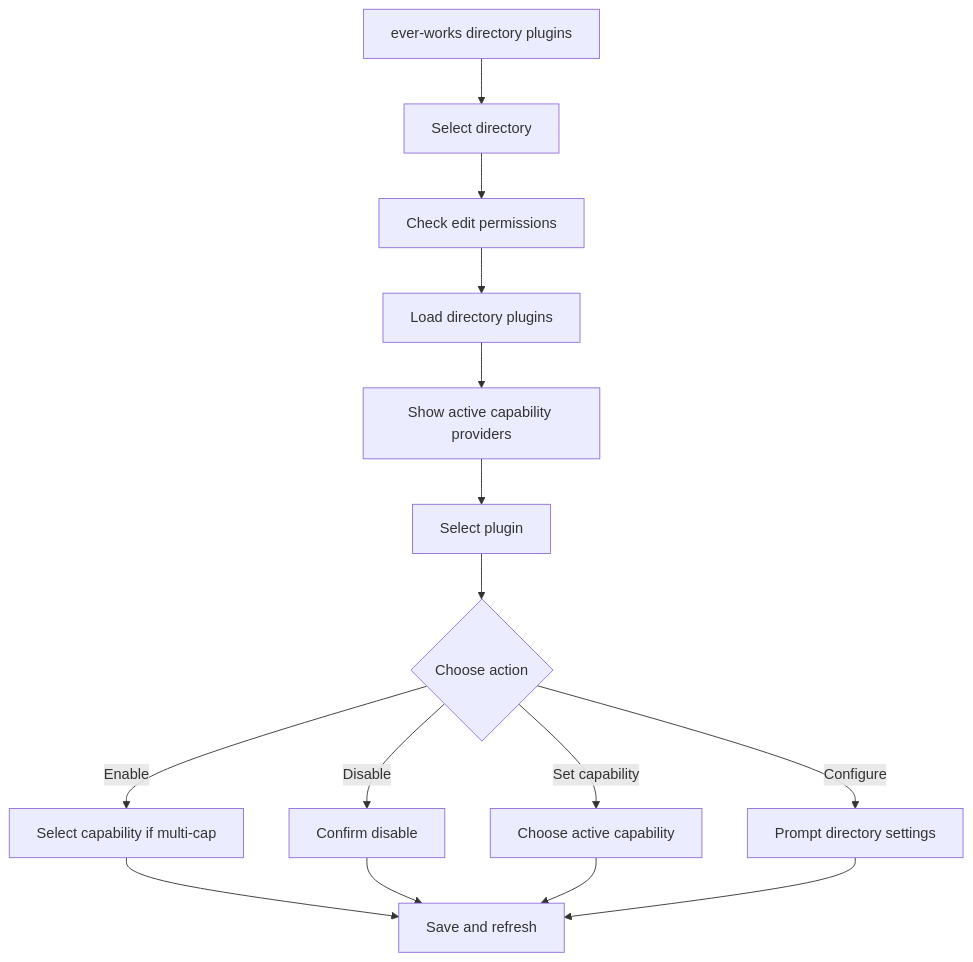
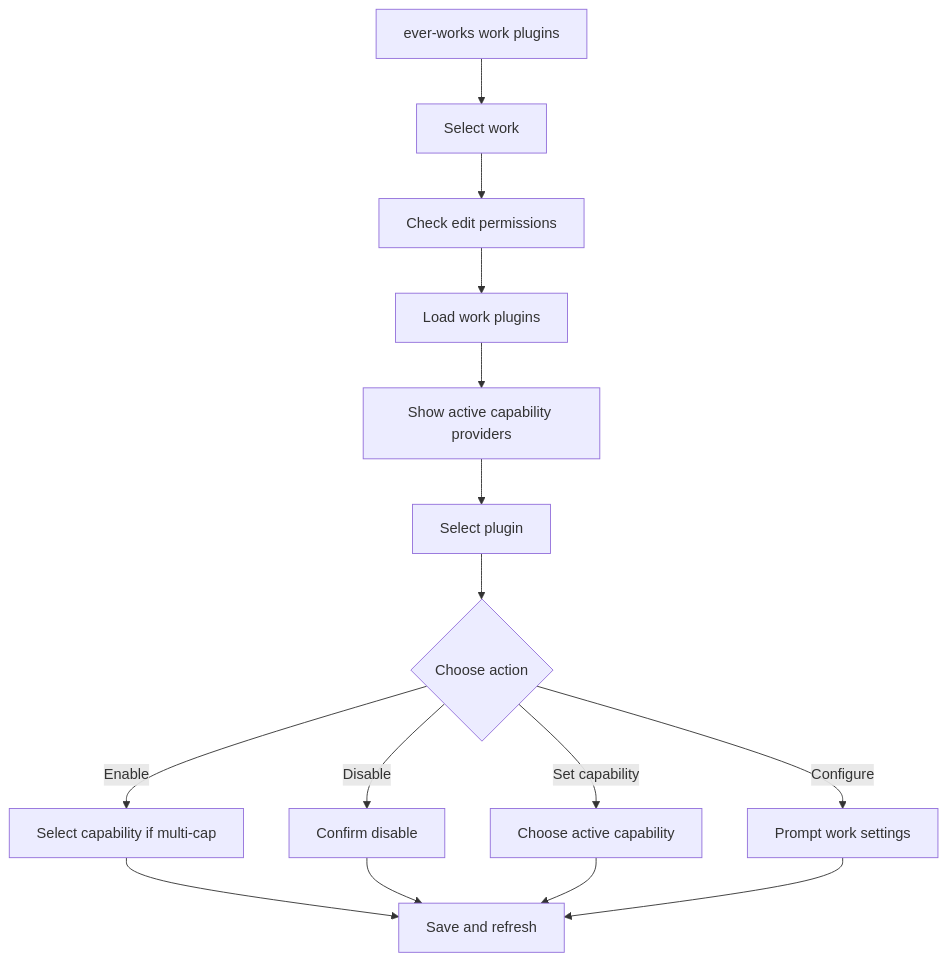
The third of 3 diagrams in docs/cli/plugin-commands.md (ever-works/ever-works), drawn with Mermaid before and after one commit. The commit also changed other lines of this file and 395 other files, not shown here.

````diff
--- a/docs/cli/plugin-commands.md
+++ b/docs/cli/plugin-commands.md
@@ -171,17 +171,17 @@
 ```mermaid
 graph TD
-    A[ever-works directory plugins] --> B[Select directory]
+    A[ever-works work plugins] --> B[Select work]
     B --> C[Check edit permissions]
-    C --> D[Load directory plugins]
+    C --> D[Load work plugins]
     D --> E[Show active capability providers]
     E --> F[Select plugin]
     F --> G{Choose action}
     G -->|Enable| H[Select capability if multi-cap]
     G -->|Disable| I[Confirm disable]
     G -->|Set capability| J[Choose active capability]
-    G -->|Configure| K[Prompt directory settings]
+    G -->|Configure| K[Prompt work settings]
     H --> L[Save and refresh]
     I --> L
     J --> L
     K --> L
 ```
````
